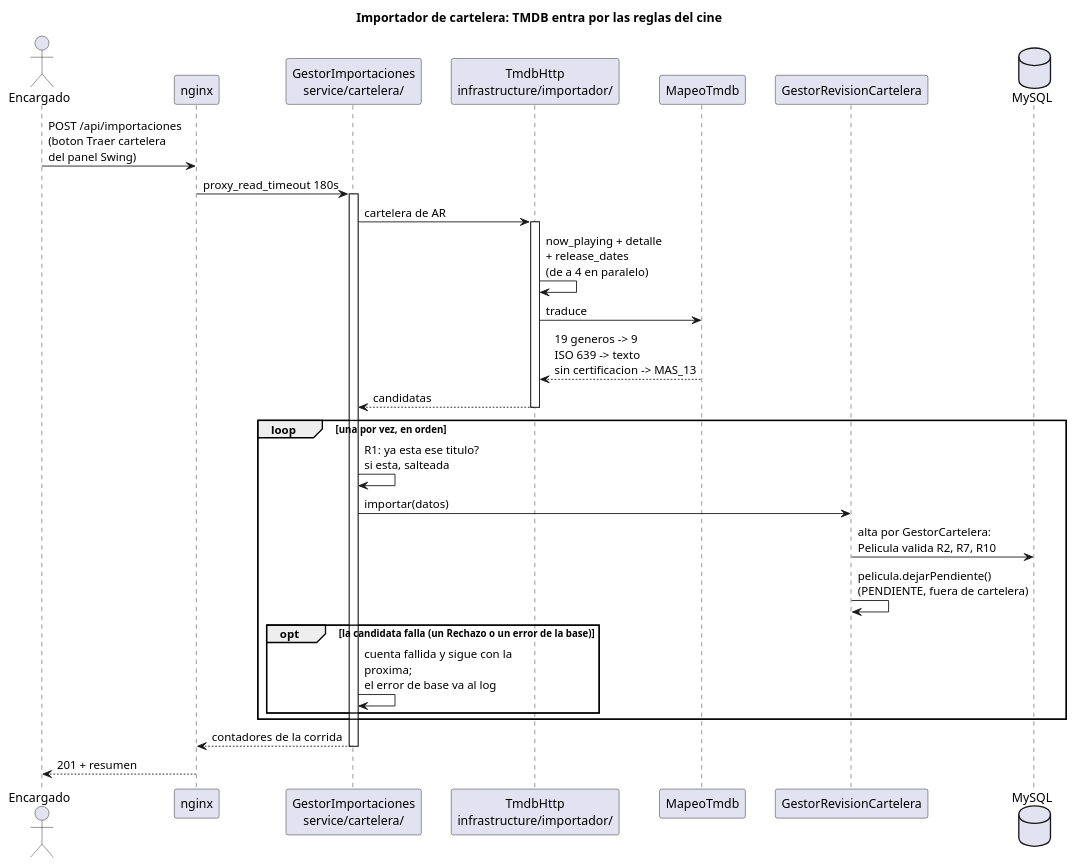
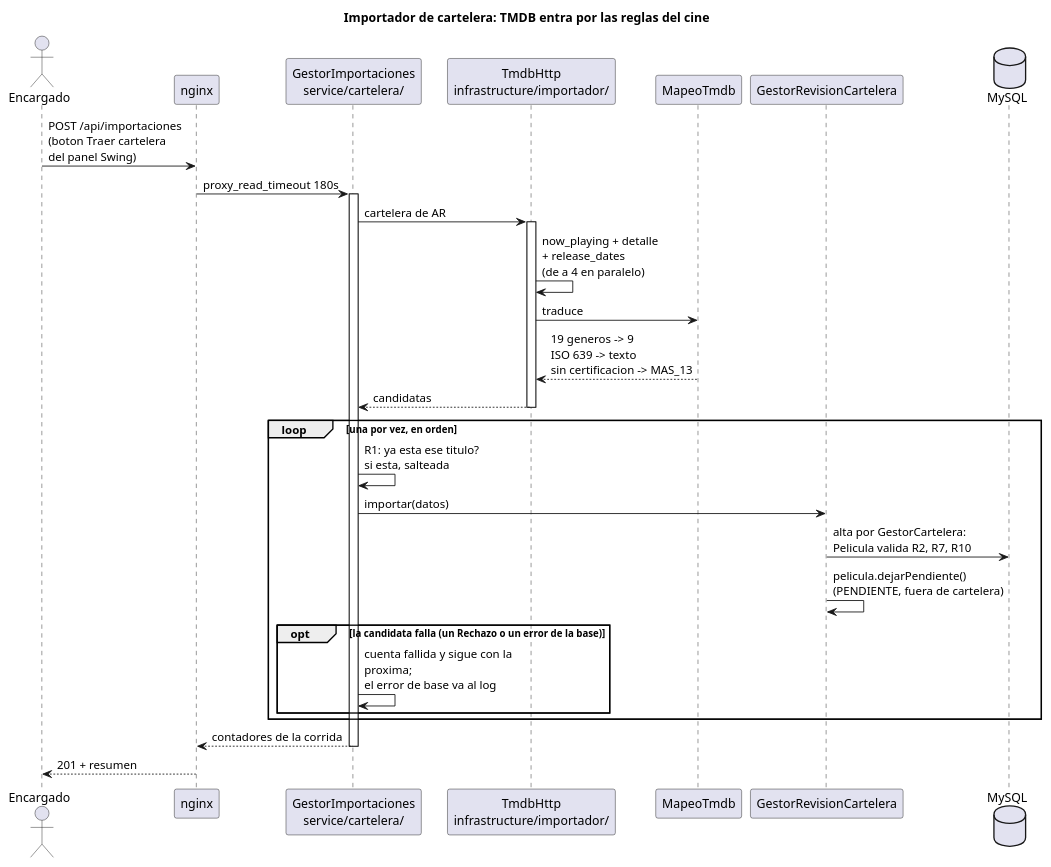
One commit to andreiveisuade/cine-uade changed the diagram in _other/docs/diagramas/importador-flujo.puml. Above: the diagram before and after it, drawn with PlantUML. The commit also changed 8 other files, not shown here.

First line of the commit message:
fix(manual): las capturas se ven como imagen y los diagramas de state y observer entran al manual

```diff
--- a/_other/docs/diagramas/importador-flujo.puml
+++ b/_other/docs/diagramas/importador-flujo.puml
@@ -1,42 +1,41 @@
 @startuml importador-flujo
 title Importador de cartelera: TMDB entra por las reglas del cine
 
 skinparam sequenceMessageAlign left
 skinparam maxMessageSize 200
-skinparam ParticipantPadding 12
 
 actor "Encargado" as E
 participant "nginx" as NG
 participant "GestorImportaciones\nservice/cartelera/" as GI
 participant "TmdbHttp\ninfrastructure/importador/" as TM
 participant "MapeoTmdb" as MAP
 participant "GestorRevisionCartelera" as GR
 database MySQL as DB
 
 E -> NG : POST /api/importaciones\n(boton Traer cartelera\ndel panel Swing)
 NG -> GI : proxy_read_timeout 180s
 activate GI
 
 GI -> TM : cartelera de AR
 activate TM
 TM -> TM : now_playing + detalle\n+ release_dates\n(de a 4 en paralelo)
 TM -> MAP : traduce
 MAP --> TM : 19 generos -> 9\nISO 639 -> texto\nsin certificacion -> MAS_13
 TM --> GI : candidatas
 deactivate TM
 
 loop una por vez, en orden
   GI -> GI : R1: ya esta ese titulo?\nsi esta, salteada
   GI -> GR : importar(datos)
   GR -> DB : alta por GestorCartelera:\nPelicula valida R2, R7, R10
   GR -> GR : pelicula.dejarPendiente()\n(PENDIENTE, fuera de cartelera)
   opt la candidata falla (un Rechazo o un error de la base)
     GI -> GI : cuenta fallida y sigue con la proxima;\nel error de base va al log
   end
 end
 
 GI --> NG : contadores de la corrida
 deactivate GI
 NG --> E : 201 + resumen
 
 @enduml
```
